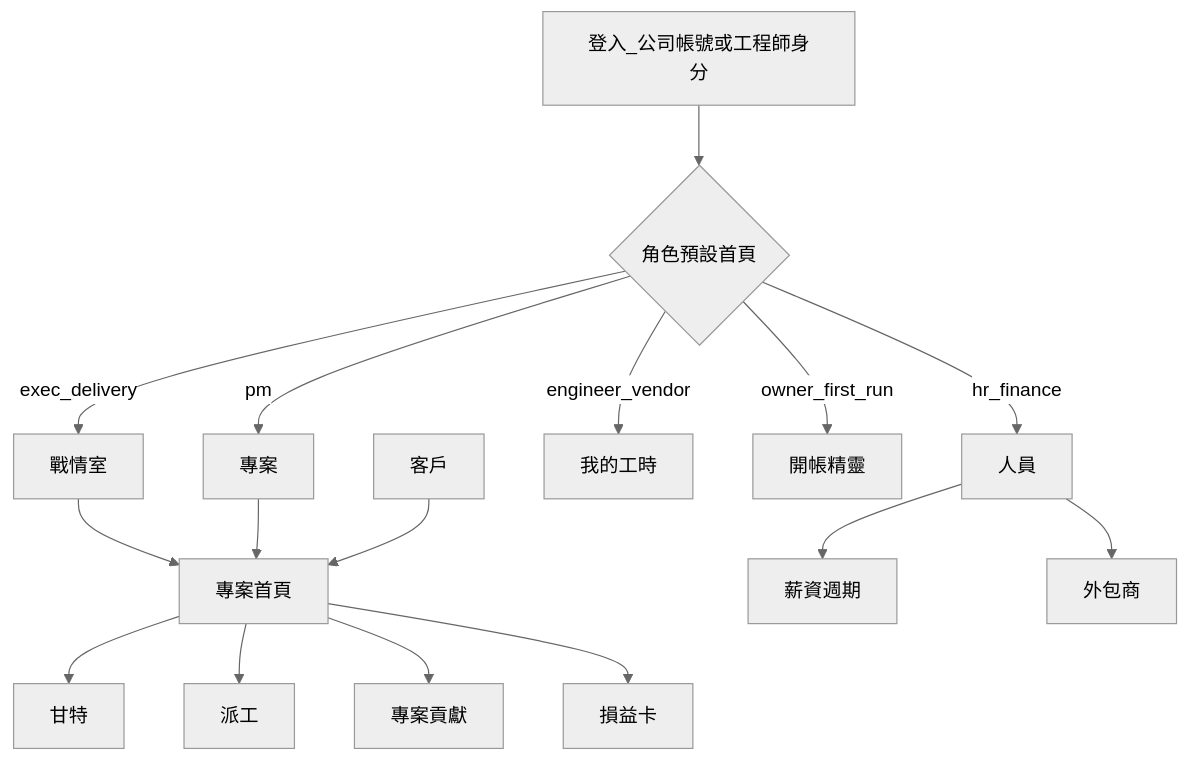
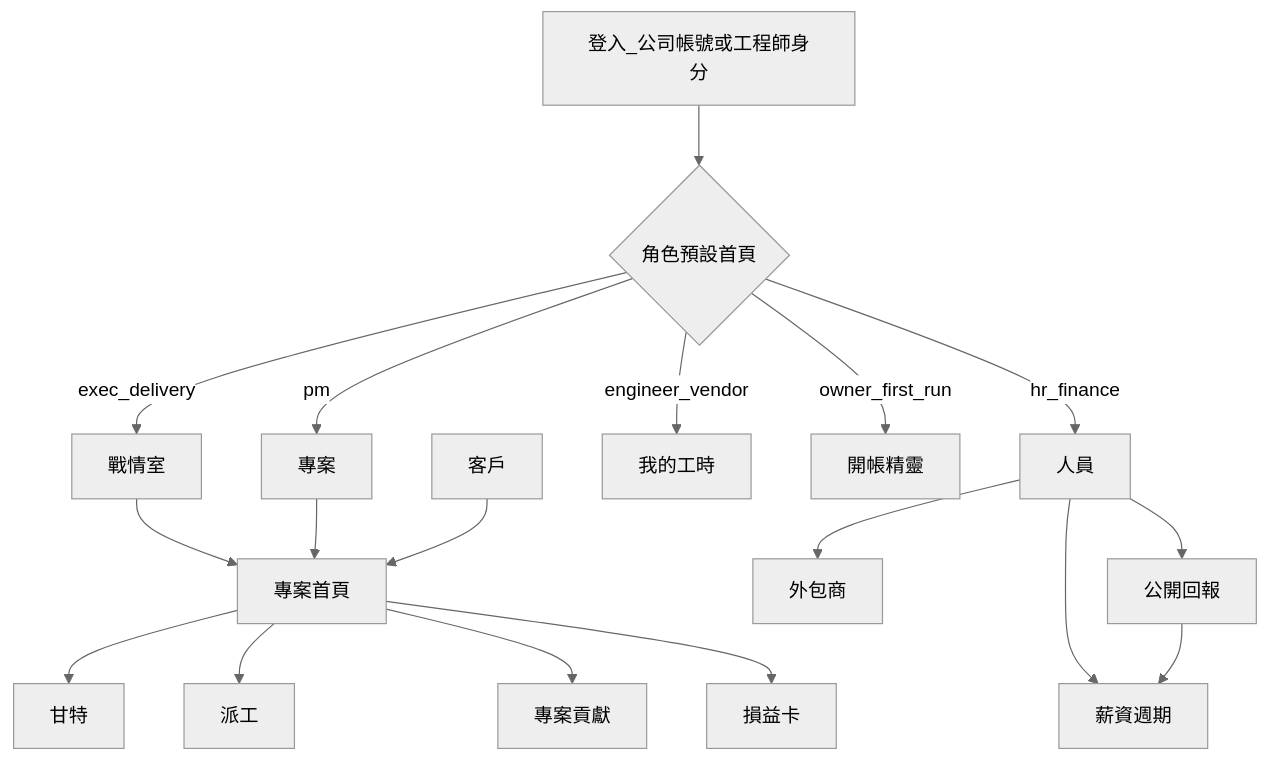
One commit to sjvann/AI_Project_Console changed the second of 2 diagrams in docs/product/ux.md. Above: the diagram before and after it, drawn with Mermaid (neutral theme). The commit also changed other lines of this file and 26 other files, not shown here.

````diff
--- a/docs/product/ux.md
+++ b/docs/product/ux.md
@@ -145,20 +145,22 @@
 ```mermaid
 flowchart TB
   Login[登入_公司帳號或工程師身分]
   Home{角色預設首頁}
   Login --> Home
   Home -->|exec_delivery| War[戰情室]
   Home -->|pm| Projects[專案]
   Home -->|hr_finance| People[人員]
   Home -->|engineer_vendor| Me[我的工時]
   Home -->|owner_first_run| Wizard[開帳精靈]
   War --> ProjectPage[專案首頁]
   Projects --> ProjectPage
   ProjectPage --> Gantt[甘特]
   ProjectPage --> Dispatch[派工]
   ProjectPage --> Contrib[專案貢獻]
   ProjectPage --> Pnl[損益卡]
   People --> Payroll[薪資週期]
   People --> Vendors[外包商]
+  People --> Reporting[公開回報]
   Clients[客戶] --> ProjectPage
+  Reporting --> Payroll
 ```
````
